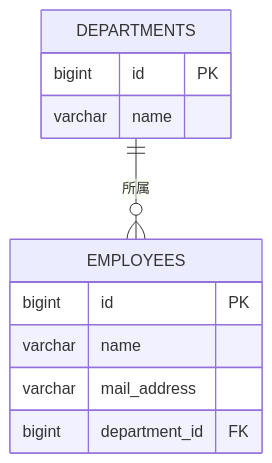
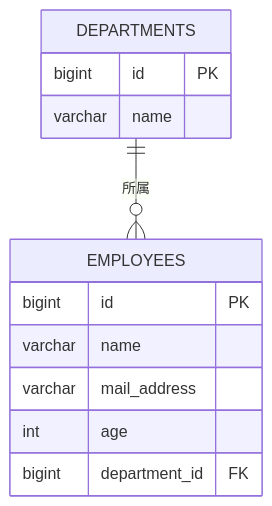
One commit to junyeol928-hash/Sayana changed the diagram in content/03-spring/03-data/02-spring-data-jpa/lesson.md. Above: the diagram before and after it, drawn with Mermaid. The commit also changed other lines of this file and 19 other files, not shown here.

````diff
--- a/content/03-spring/03-data/02-spring-data-jpa/lesson.md
+++ b/content/03-spring/03-data/02-spring-data-jpa/lesson.md
@@ -41,14 +41,15 @@
 ```mermaid
 erDiagram
     DEPARTMENTS ||--o{ EMPLOYEES : "所属"
     DEPARTMENTS {
         bigint id PK
         varchar name
     }
     EMPLOYEES {
         bigint id PK
         varchar name
         varchar mail_address
+        int age
         bigint department_id FK
     }
 ```
````
